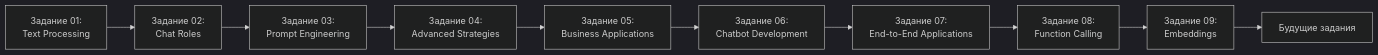
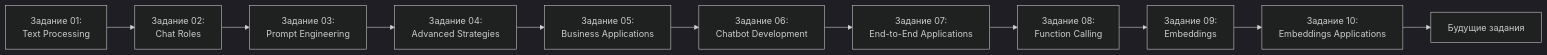
One commit to artipy/ai_knowledge_db_and_projects changed the diagram in Exercises/README.md. Above: the diagram before and after it, drawn with Mermaid (dark theme). The commit also changed other lines of this file and 4 other files, not shown here.

Commit message:
feat: Add Exercise 10 for Embeddings Applications

````diff
--- a/Exercises/README.md
+++ b/Exercises/README.md
@@ -248,12 +269,13 @@
 ```mermaid
 graph LR
     A[Задание 01:<br/>Text Processing] --> B[Задание 02:<br/>Chat Roles]
     B --> C[Задание 03:<br/>Prompt Engineering]
     C --> D[Задание 04:<br/>Advanced Strategies]
     D --> E[Задание 05:<br/>Business Applications]
     E --> F[Задание 06:<br/>Chatbot Development]
     F --> G[Задание 07:<br/>End-to-End Applications]
     G --> H[Задание 08:<br/>Function Calling]
     H --> I[Задание 09:<br/>Embeddings]
-    I --> J[Будущие задания]
+    I --> J[Задание 10:<br/>Embeddings Applications]
+    J --> K[Будущие задания]
 ```
````
